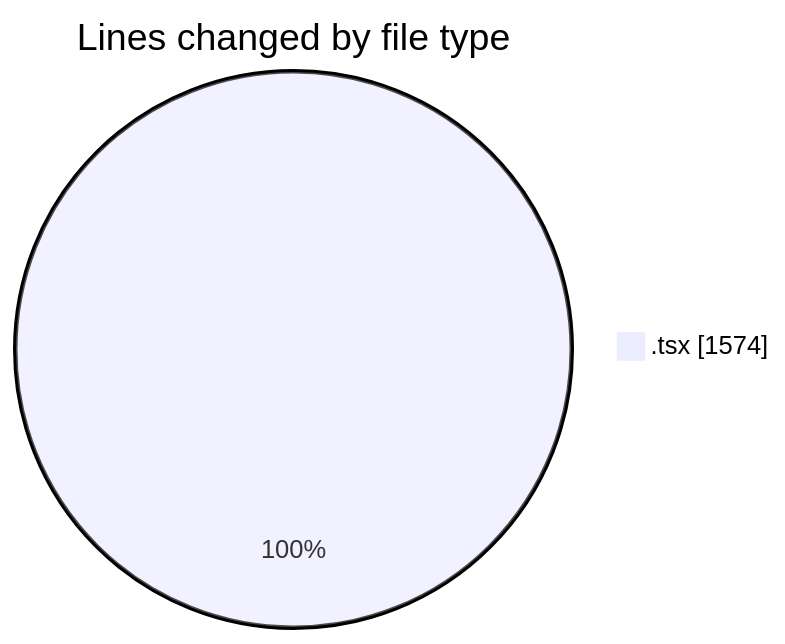
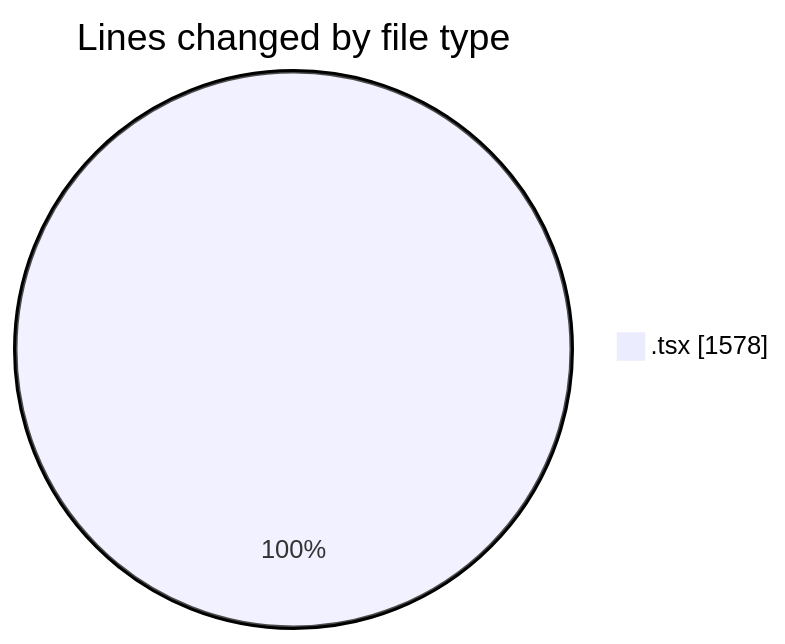
The first of 2 diagrams in 2025-10-03/cda/README.md (momahboobian/code-tracking), drawn with Mermaid before and after one commit. The commit also changed other lines of this file and 1 other file, not shown here.

````diff
--- a/2025-10-03/cda/README.md
+++ b/2025-10-03/cda/README.md
@@ -22,5 +22,5 @@
 ```mermaid
 pie showData
 title Lines changed by file type
-".tsx" : 1574
+".tsx" : 1578
 ```
````
